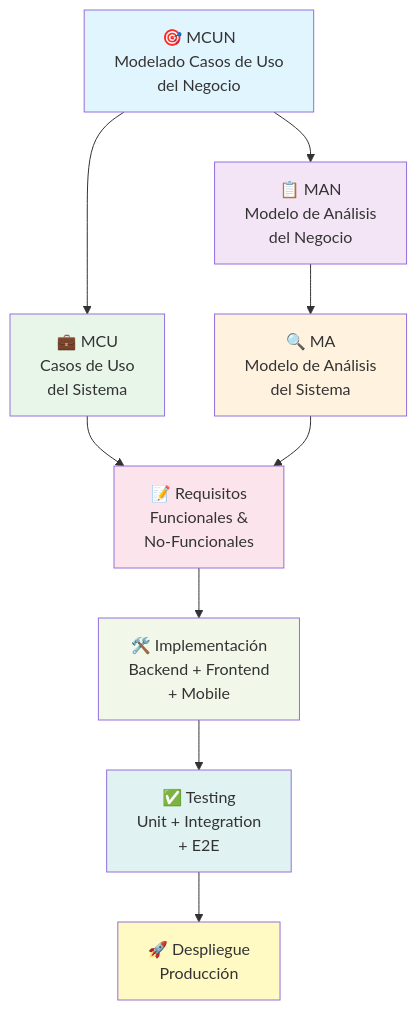
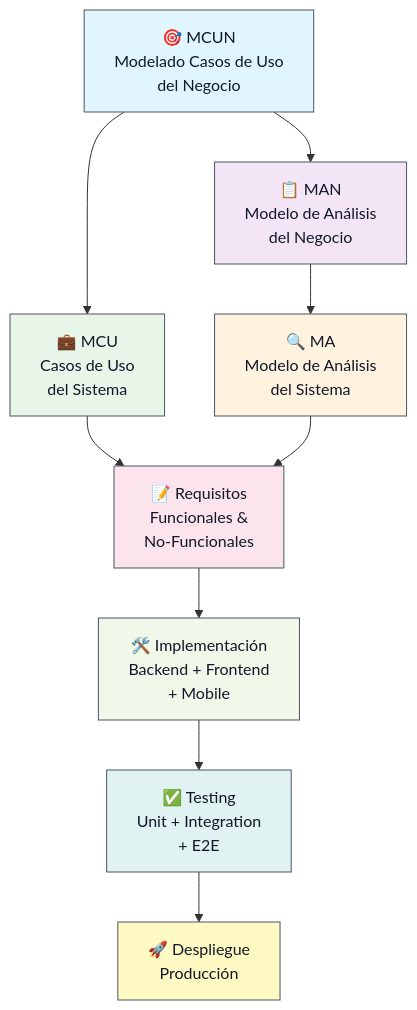
One commit to transparenciapublicadev/plataforma-saip-apelaciones changed the first of 10 diagrams in docs/src/content/docs/metodologia/index.mdx. Above: the diagram before and after it, drawn with Mermaid. The commit also changed other lines of this file and 4 other files, not shown here.

First line of the commit message:
✨ feat(docs): improve Mermaid contrast and add docs CI workflow

````diff
--- a/docs/src/content/docs/metodologia/index.mdx
+++ b/docs/src/content/docs/metodologia/index.mdx
@@ -18,28 +18,28 @@
 ```mermaid
 graph TD
     MCUN["🎯 MCUN<br/>Modelado Casos de Uso<br/>del Negocio"]
     MAN["📋 MAN<br/>Modelo de Análisis<br/>del Negocio"]
     MCU["💼 MCU<br/>Casos de Uso<br/>del Sistema"]
     MA["🔍 MA<br/>Modelo de Análisis<br/>del Sistema"]
     
     REQ["📝 Requisitos<br/>Funcionales &<br/>No-Funcionales"]
     
     MCUN --> MAN
     MCUN --> MCU
     MAN --> MA
     MCU --> REQ
     MA --> REQ
     
     REQ --> IMPL["🛠️ Implementación<br/>Backend + Frontend<br/>+ Mobile"]
     IMPL --> TEST["✅ Testing<br/>Unit + Integration<br/>+ E2E"]
     TEST --> DEPLOY["🚀 Despliegue<br/>Producción"]
     
-    style MCUN fill:#e1f5ff
-    style MAN fill:#f3e5f5
-    style MCU fill:#e8f5e9
-    style MA fill:#fff3e0
-    style REQ fill:#fce4ec
-    style IMPL fill:#f1f8e9
-    style TEST fill:#e0f2f1
-    style DEPLOY fill:#fff9c4
+    style MCUN fill:#e1f5ff,color:#111827,stroke:#4b5563,stroke-width:1px
+    style MAN fill:#f3e5f5,color:#111827,stroke:#4b5563,stroke-width:1px
+    style MCU fill:#e8f5e9,color:#111827,stroke:#4b5563,stroke-width:1px
+    style MA fill:#fff3e0,color:#111827,stroke:#4b5563,stroke-width:1px
+    style REQ fill:#fce4ec,color:#111827,stroke:#4b5563,stroke-width:1px
+    style IMPL fill:#f1f8e9,color:#111827,stroke:#4b5563,stroke-width:1px
+    style TEST fill:#e0f2f1,color:#111827,stroke:#4b5563,stroke-width:1px
+    style DEPLOY fill:#fff9c4,color:#111827,stroke:#4b5563,stroke-width:1px
 ```
````
